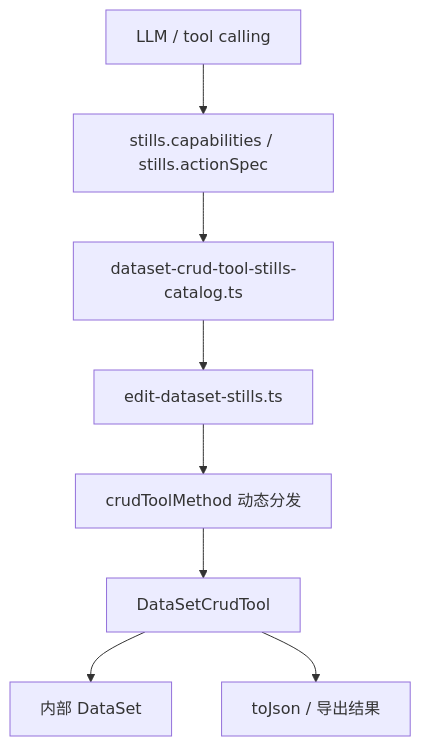
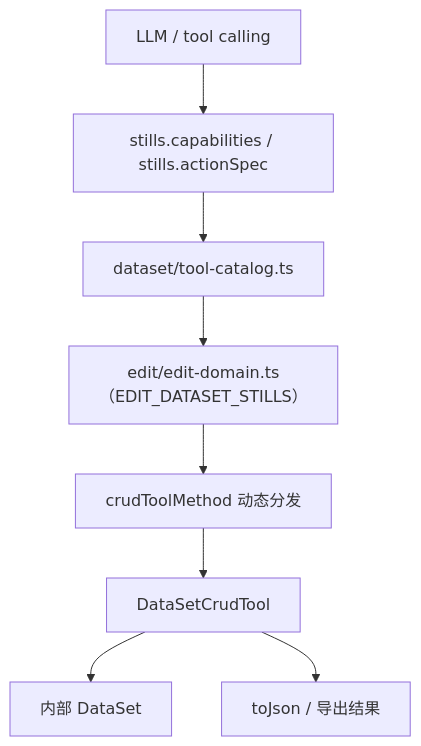
Before and after one commit to LMSpark/spark-view-vue: the second of 3 diagrams in docs/ai/architecture/DEVSYSTEM_DATASET_TOOL_SSOT.md, drawn with Mermaid. The commit also changed other lines of this file and 162 other files, not shown here.

````diff
--- a/docs/ai/architecture/DEVSYSTEM_DATASET_TOOL_SSOT.md
+++ b/docs/ai/architecture/DEVSYSTEM_DATASET_TOOL_SSOT.md
@@ -152,10 +152,10 @@
 ```mermaid
 flowchart TD
   A[LLM / tool calling] --> B[stills.capabilities / stills.actionSpec]
-    B --> C[dataset-crud-tool-stills-catalog.ts]
-    C --> D[edit-dataset-stills.ts]
+    B --> C[dataset/tool-catalog.ts]
+    C --> D[edit/edit-domain.ts（EDIT_DATASET_STILLS）]
     D --> E[crudToolMethod 动态分发]
     E --> F[DataSetCrudTool]
     F --> G[内部 DataSet]
     F --> H[toJson / 导出结果]
 ```
````
